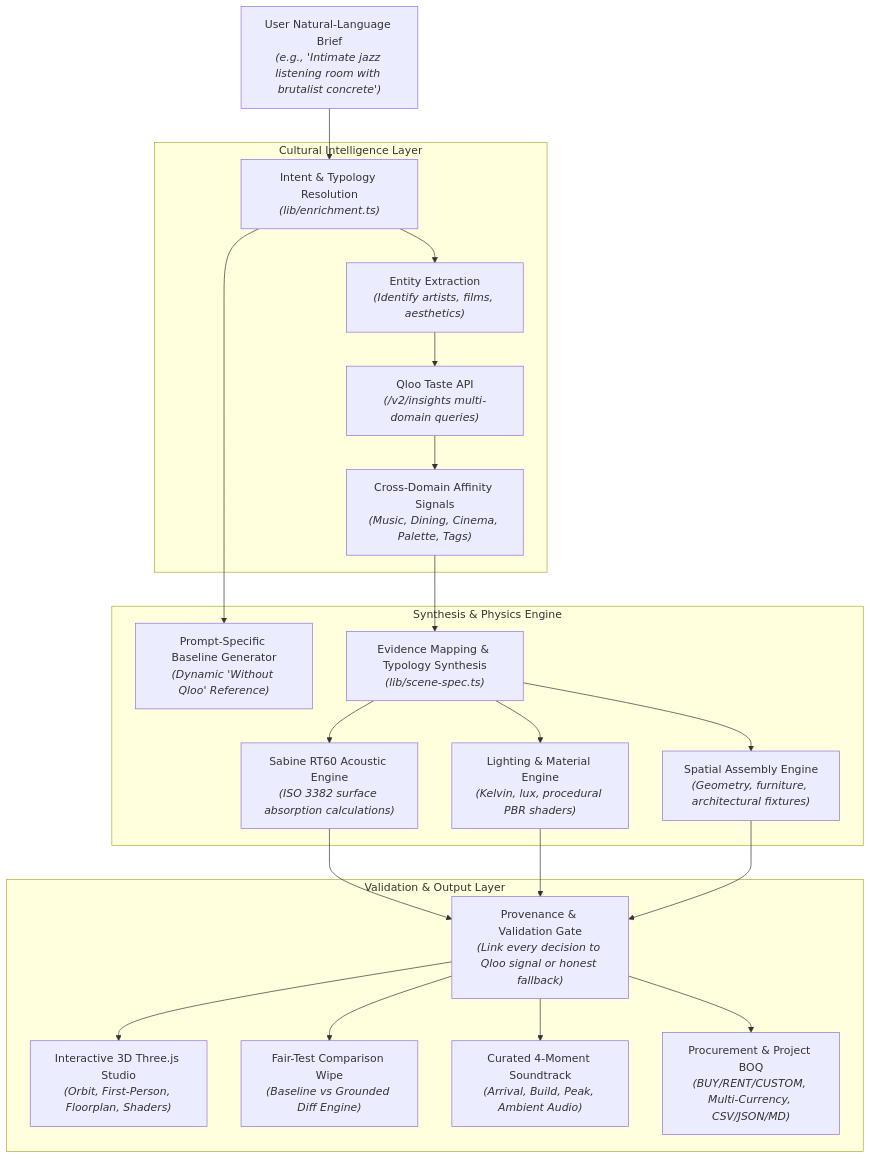
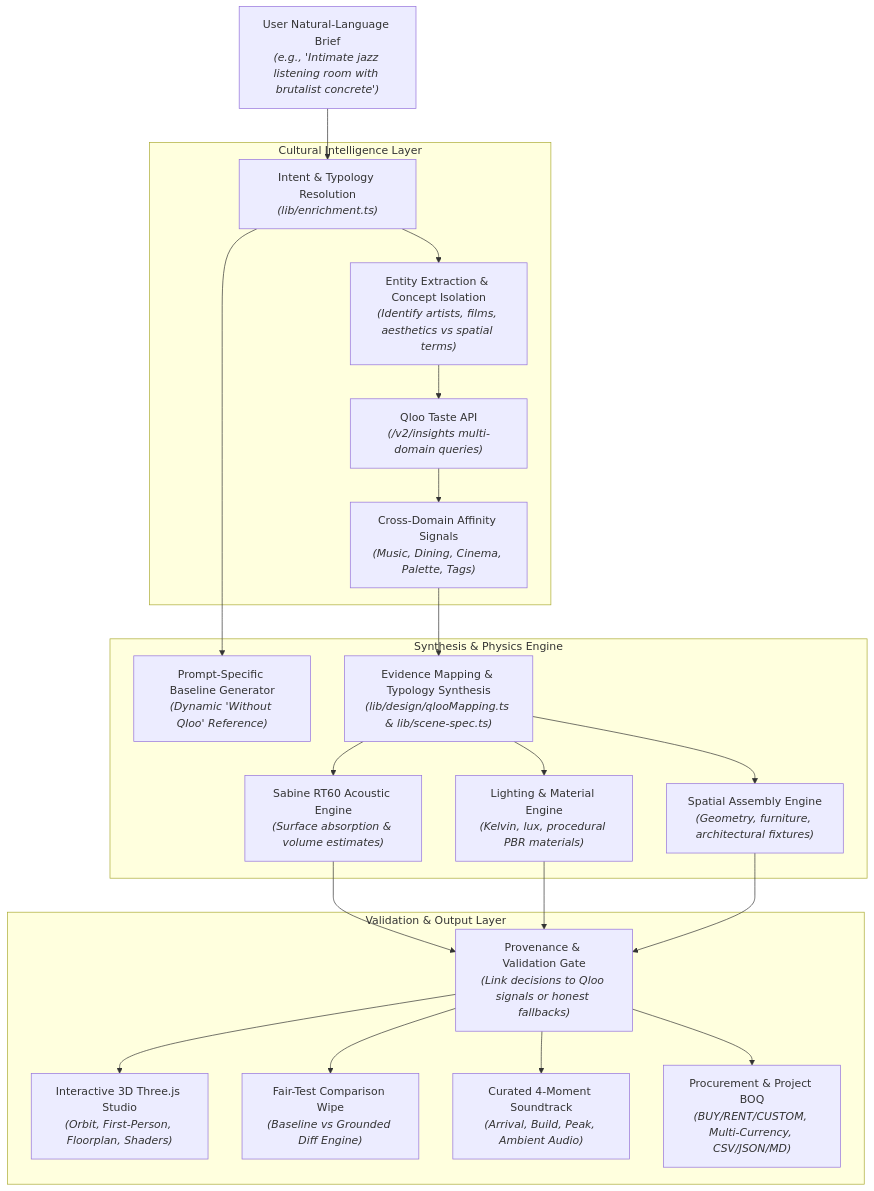
Before and after one commit to shayspace04/sonic-architecture: the first of 2 diagrams in README.md, drawn with Mermaid. The commit also changed other lines of this file and 13 other files, not shown here.

````diff
--- a/README.md
+++ b/README.md
@@ -95,26 +90,26 @@
 ```mermaid
 flowchart TD
     A["User Natural-Language Brief<br/><i>(e.g., 'Intimate jazz listening room with brutalist concrete')</i>"] --> B["Intent & Typology Resolution<br/><i>(lib/enrichment.ts)</i>"]
     
     subgraph "Cultural Intelligence Layer"
-        B --> C["Entity Extraction<br/><i>(Identify artists, films, aesthetics)</i>"]
+        B --> C["Entity Extraction & Concept Isolation<br/><i>(Identify artists, films, aesthetics vs spatial terms)</i>"]
         C --> D["Qloo Taste API<br/><i>(/v2/insights multi-domain queries)</i>"]
         D --> E["Cross-Domain Affinity Signals<br/><i>(Music, Dining, Cinema, Palette, Tags)</i>"]
     end
 
     subgraph "Synthesis & Physics Engine"
         B --> F["Prompt-Specific Baseline Generator<br/><i>(Dynamic 'Without Qloo' Reference)</i>"]
-        E --> G["Evidence Mapping & Typology Synthesis<br/><i>(lib/scene-spec.ts)</i>"]
-        G --> H["Sabine RT60 Acoustic Engine<br/><i>(ISO 3382 surface absorption calculations)</i>"]
-        G --> I["Lighting & Material Engine<br/><i>(Kelvin, lux, procedural PBR shaders)</i>"]
+        E --> G["Evidence Mapping & Typology Synthesis<br/><i>(lib/design/qlooMapping.ts & lib/scene-spec.ts)</i>"]
+        G --> H["Sabine RT60 Acoustic Engine<br/><i>(Surface absorption & volume estimates)</i>"]
+        G --> I["Lighting & Material Engine<br/><i>(Kelvin, lux, procedural PBR materials)</i>"]
         G --> J["Spatial Assembly Engine<br/><i>(Geometry, furniture, architectural fixtures)</i>"]
     end
 
     subgraph "Validation & Output Layer"
-        H & I & J --> K["Provenance & Validation Gate<br/><i>(Link every decision to Qloo signal or honest fallback)</i>"]
+        H & I & J --> K["Provenance & Validation Gate<br/><i>(Link decisions to Qloo signals or honest fallbacks)</i>"]
         K --> L["Interactive 3D Three.js Studio<br/><i>(Orbit, First-Person, Floorplan, Shaders)</i>"]
         K --> M["Fair-Test Comparison Wipe<br/><i>(Baseline vs Grounded Diff Engine)</i>"]
         K --> N["Curated 4-Moment Soundtrack<br/><i>(Arrival, Build, Peak, Ambient Audio)</i>"]
         K --> O["Procurement & Project BOQ<br/><i>(BUY/RENT/CUSTOM, Multi-Currency, CSV/JSON/MD)</i>"]
     end
 ```
````
